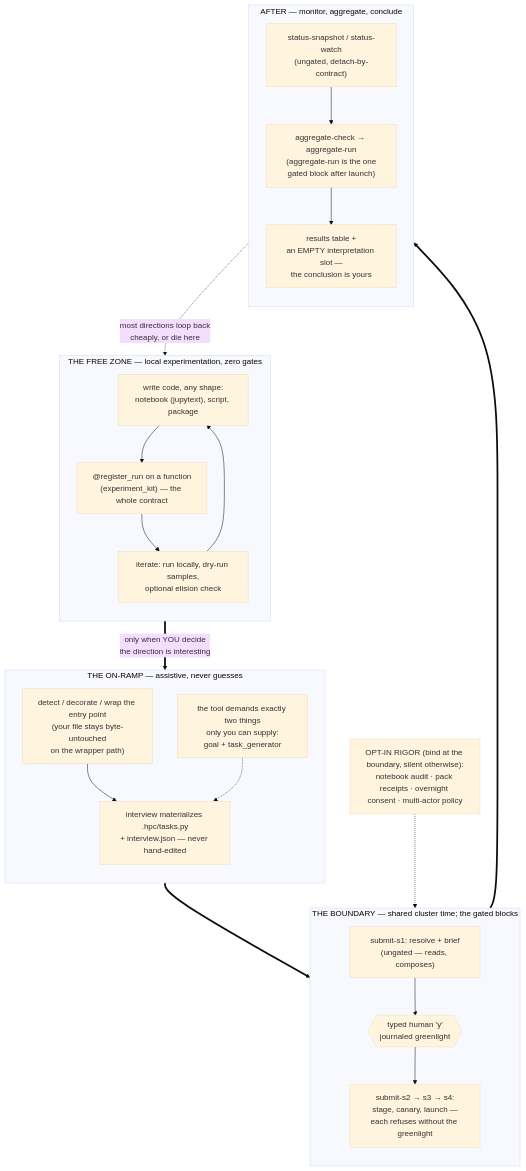
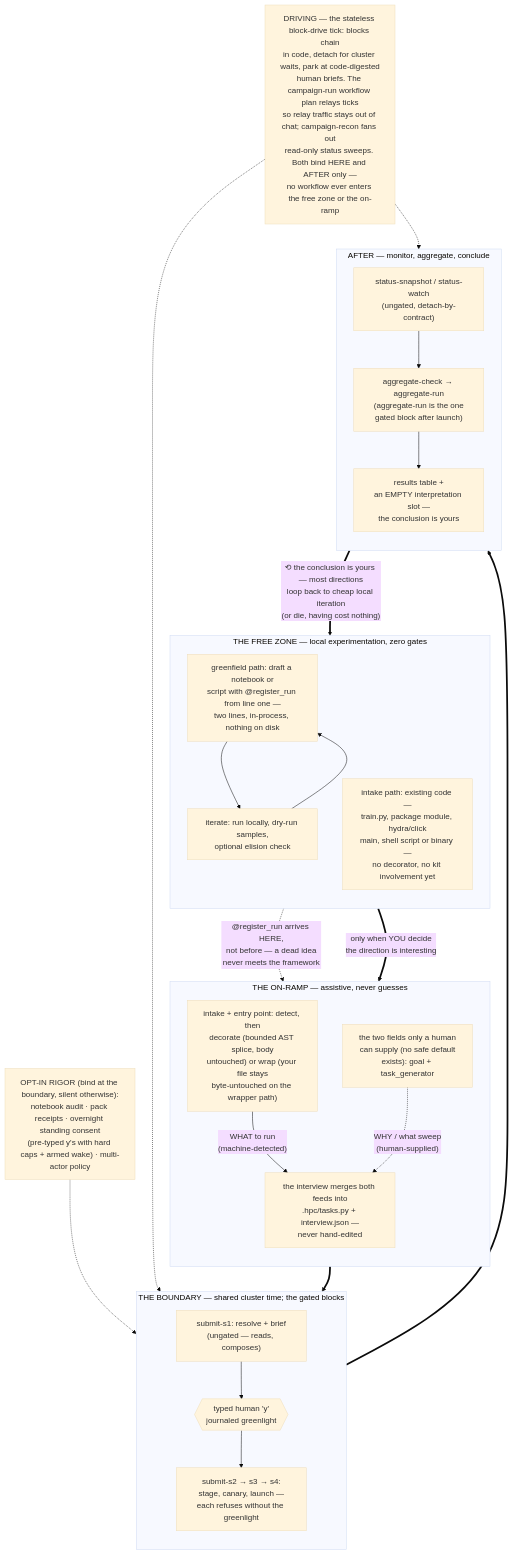
The first of 2 diagrams in docs/internals/local-to-hpc-lifecycle.md (jamesdchen/hpc-copilot), drawn with Mermaid (base theme) before and after one commit. The commit also changed other lines of this file and 212 other files, not shown here.

First line of the commit message:
Dev-loop rework: plan-relay delegation, product/dev separation, workflows as product, run-queue design (#27)

````diff
--- a/docs/internals/local-to-hpc-lifecycle.md
+++ b/docs/internals/local-to-hpc-lifecycle.md
@@ -14,43 +14,48 @@
 ```mermaid
 flowchart TB
     subgraph FREE["THE FREE ZONE — local experimentation, zero gates"]
         direction TB
-        CODE["write code, any shape:<br/>notebook (jupytext), script, package"]
-        REG["@register_run on a function<br/>(experiment_kit) — the whole contract"]
+        NEW["greenfield path: draft a notebook or<br/>script with @register_run from line one —<br/>two lines, in-process, nothing on disk"]
         DRY["iterate: run locally, dry-run samples,<br/>optional elision check"]
-        CODE --> REG --> DRY --> CODE
+        EXIST["intake path: existing code —<br/>train.py, package module, hydra/click<br/>main, shell script or binary —<br/>no decorator, no kit involvement yet"]
+        NEW --> DRY --> NEW
     end
 
     subgraph RAMP["THE ON-RAMP — assistive, never guesses"]
         direction TB
-        EP["detect / decorate / wrap the entry point<br/>(your file stays byte-untouched<br/>on the wrapper path)"]
-        TASKS["interview materializes .hpc/tasks.py<br/>+ interview.json — never hand-edited"]
-        HUMAN["the tool demands exactly two things<br/>only you can supply:<br/>goal + task_generator"]
-        EP --> TASKS
-        HUMAN -.-> TASKS
+        EP["intake + entry point: detect, then<br/>decorate (bounded AST splice, body<br/>untouched) or wrap (your file stays<br/>byte-untouched on the wrapper path)"]
+        HUMAN["the two fields only a human<br/>can supply (no safe default<br/>exists): goal + task_generator"]
+        TASKS["the interview merges both feeds into<br/>.hpc/tasks.py + interview.json —<br/>never hand-edited"]
+        EP -->|"WHAT to run<br/>(machine-detected)"| TASKS
+        HUMAN -.->|"WHY / what sweep<br/>(human-supplied)"| TASKS
     end
 
     subgraph BOUNDARY["THE BOUNDARY — shared cluster time; the gated blocks"]
         direction TB
         S1["submit-s1: resolve + brief<br/>(ungated — reads, composes)"]
         GATE{{"typed human 'y'<br/>journaled greenlight"}}
         S234["submit-s2 → s3 → s4:<br/>stage, canary, launch —<br/>each refuses without the greenlight"]
         S1 --> GATE --> S234
     end
 
     subgraph AFTER["AFTER — monitor, aggregate, conclude"]
         direction TB
         MON["status-snapshot / status-watch<br/>(ungated, detach-by-contract)"]
         AGG["aggregate-check → aggregate-run<br/>(aggregate-run is the one<br/>gated block after launch)"]
         INTERP["results table +<br/>an EMPTY interpretation slot —<br/>the conclusion is yours"]
         MON --> AGG --> INTERP
     end
 
     FREE ==>|"only when YOU decide<br/>the direction is interesting"| RAMP
+    EXIST -.->|"@register_run arrives HERE,<br/>not before — a dead idea<br/>never meets the framework"| EP
     RAMP ==> BOUNDARY
     BOUNDARY ==> AFTER
-    AFTER -.->|"most directions loop back<br/>cheaply, or die here"| FREE
+    INTERP ==>|"⟲ the conclusion is yours — most directions<br/>loop back to cheap local iteration<br/>(or die, having cost nothing)"| FREE
 
-    OPTIN["OPT-IN RIGOR (bind at the boundary, silent otherwise):<br/>notebook audit · pack receipts · overnight consent · multi-actor policy"]
+    OPTIN["OPT-IN RIGOR (bind at the boundary, silent otherwise):<br/>notebook audit · pack receipts · overnight standing consent<br/>(pre-typed y's with hard caps + armed wake) · multi-actor policy"]
     OPTIN -.-> BOUNDARY
+
+    DRIVE["DRIVING — the stateless block-drive tick: blocks chain<br/>in code, detach for cluster waits, park at code-digested<br/>human briefs. The campaign-run workflow plan relays ticks<br/>so relay traffic stays out of chat; campaign-recon fans out<br/>read-only status sweeps. Both bind HERE and AFTER only —<br/>no workflow ever enters the free zone or the on-ramp"]
+    DRIVE -.-> BOUNDARY
+    DRIVE -.-> AFTER
 ```
````
